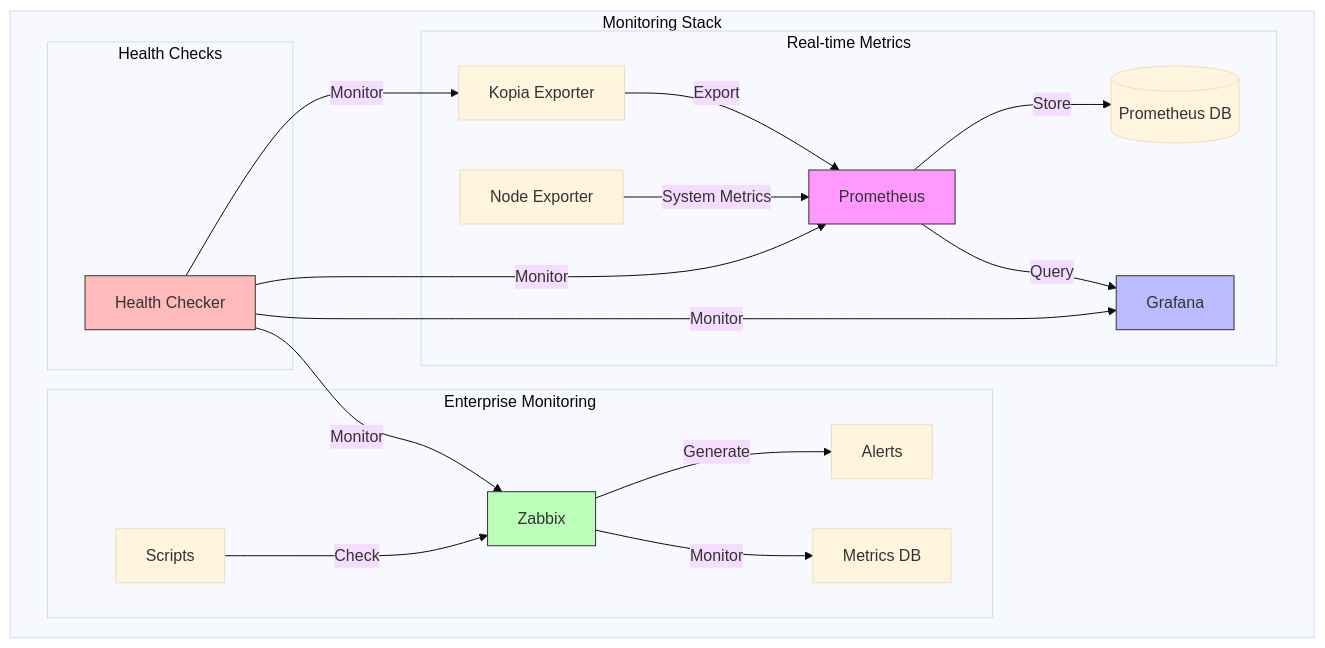
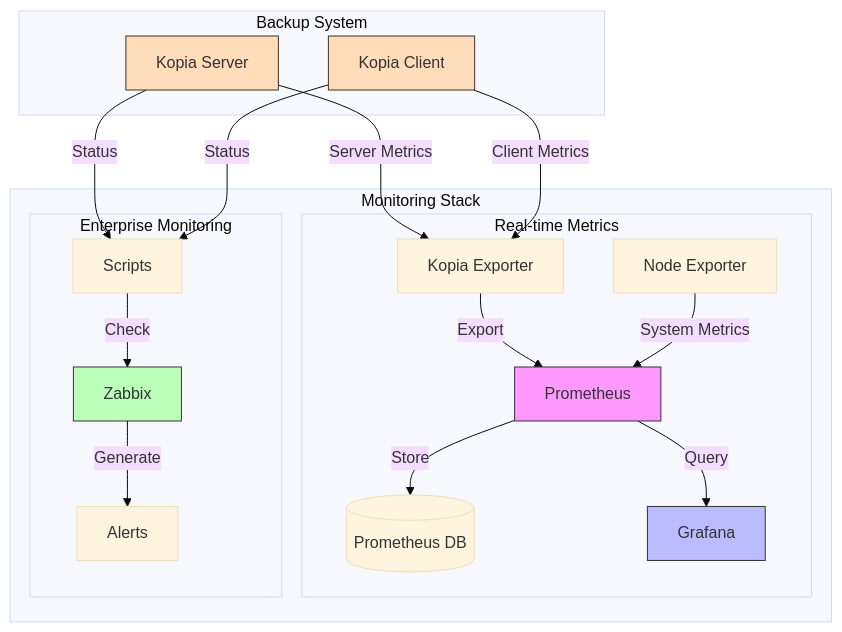
The diagram in monitoring/README.md (eblet/kopia-backup-run), drawn with Mermaid (base theme) before and after one commit.

Commit message:
edit graph

````diff
--- a/monitoring/README.md
+++ b/monitoring/README.md
@@ -12,29 +12,32 @@
 ```mermaid
 graph TB
+    subgraph "Backup System"
+        KS[Kopia Server]
+        KC[Kopia Client]
+    end
+
     subgraph "Monitoring Stack"
         subgraph "Real-time Metrics"
             KE[Kopia Exporter] -->|Export| P[Prometheus]
             NE[Node Exporter] -->|System Metrics| P
             P -->|Store| PD[(Prometheus DB)]
             P -->|Query| G[Grafana]
         end
 
         subgraph "Enterprise Monitoring"
             ZS[Scripts] -->|Check| Z[Zabbix]
             Z -->|Generate| ZA[Alerts]
-            Z -->|Monitor| ZM[Metrics DB]
-        end
-
-        subgraph "Health Checks"
-            HC[Health Checker] -->|Monitor| KE
-            HC -->|Monitor| P
-            HC -->|Monitor| G
-            HC -->|Monitor| Z
         end
     end
+
+    KS -->|Server Metrics| KE
+    KC -->|Client Metrics| KE
+    KS -->|Status| ZS
+    KC -->|Status| ZS
 
     style P fill:#f9f,stroke:#333
     style G fill:#bbf,stroke:#333    
     style Z fill:#bfb,stroke:#333
-    style HC fill:#fbb,stroke:#333
+    style KS fill:#fdb,stroke:#333
+    style KC fill:#fdb,stroke:#333
 ```
````
